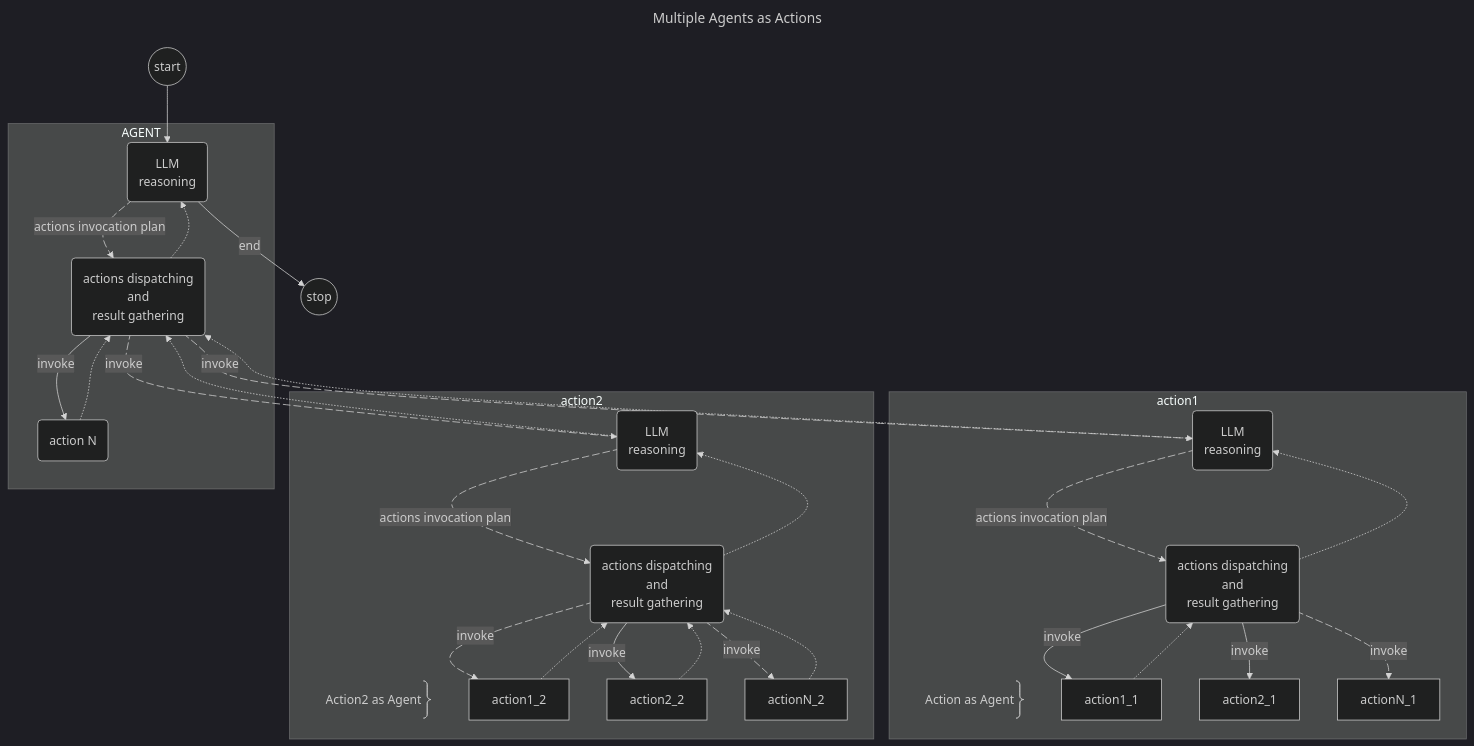
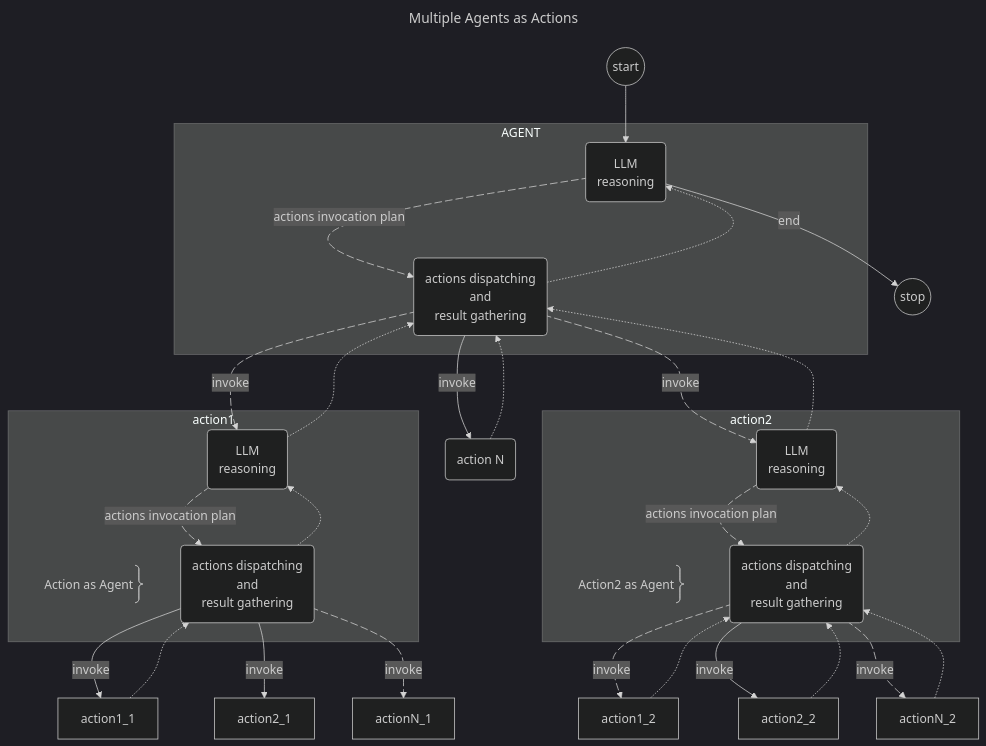
The third of 3 diagrams in samples/agents-handoff/README.md (bsorrentino/langgraph4j), drawn with Mermaid (dark theme) before and after one commit. The commit also changed other lines of this file, not shown here.

````diff
--- a/samples/agents-handoff/README.md
+++ b/samples/agents-handoff/README.md
@@ -90,75 +92,78 @@
 ```mermaid
 ---
 title: Multiple Agents as Actions
 ---
 flowchart TD
 	__START__((start))
 	__END__((stop))
     action1("action 1") 
     action2("action 2") 
     actionN("action N") 
 	__START__ --> LLM
 
     subgraph action1
         A@{ shape: brace-r, label: "Action as Agent" }
         LLM_1("LLM
         reasoning")
     	actions_1("actions dispatching
         and 
         result gathering")
 	    LLM_1 e1_1@-->|actions invocation plan| actions_1
-        actions_1 -.-> LLM_1
-        actions_1 -->|invoke| action1_1
-        actions_1 -->|invoke| action2_1
-        actions_1 e2_1@-->|invoke| actionN_1
-        action1_1 -.-> actions_1
     end
+
+    actions_1 -.-> LLM_1
+    actions_1 -->|invoke| action1_1
+    actions_1 -->|invoke| action2_1
+    actions_1 e2_1@-->|invoke| actionN_1
+    action1_1 -.-> actions_1
     
     subgraph action2
         B@{ shape: brace-r, label: "Action2 as Agent" }
         LLM_2("LLM
         reasoning")
     	actions_2("actions dispatching
         and 
         result gathering")
 	    LLM_2 e1_2@-->|actions invocation plan| actions_2
-        actions_2 -.-> LLM_2
-        actions_2 e3_2@-->|invoke| action1_2
-        actions_2 -->|invoke| action2_2
-        actions_2 e2_2@-->|invoke| actionN_2
-        action1_2 -.-> actions_2
-        action2_2 -.-> actions_2
-        actionN_2 -.-> actions_2
 
     end
+
+    actions_2 -.-> LLM_2
+    actions_2 e3_2@-->|invoke| action1_2
+    actions_2 -->|invoke| action2_2
+    actions_2 e2_2@-->|invoke| actionN_2
+    action1_2 -.-> actions_2
+    action2_2 -.-> actions_2
+    actionN_2 -.-> actions_2
 
     subgraph AGENT
         LLM("LLM
         reasoning") 
         actions("actions dispatching
         and 
         result gathering")
         LLM e1@-->|actions invocation plan| actions
-        actions -->|invoke| actionN
-        actionN -.-> actions
-        actions -.-> LLM
+        
   	end
+    
+    actions -->|invoke| actionN
+    actionN -.-> actions
+    actions -.-> LLM
 
     LLM -->|end| __END__
     
     actions e2@-->|invoke| LLM_1
     actions e3@-->|invoke| LLM_2
 
     LLM_1 -.-> actions
     LLM_2 -.-> actions
 
 e1@{ animate: true }     
 e2@{ animate: true }     
 e3@{ animate: true }     
 e1_1@{ animate: true }     
 e2_1@{ animate: true }     
 e1_2@{ animate: true }     
 e2_2@{ animate: true }     
 e3_2@{ animate: true }     
-
 ```
````
